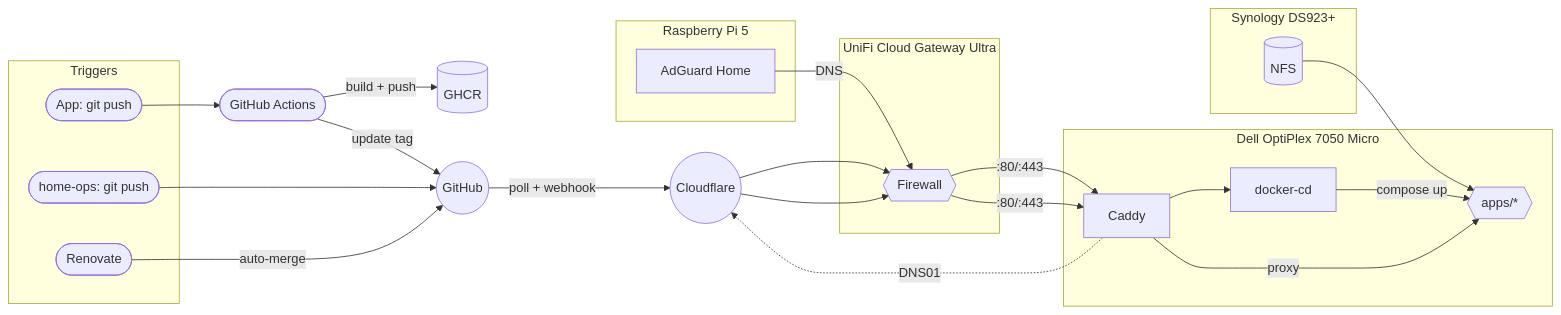
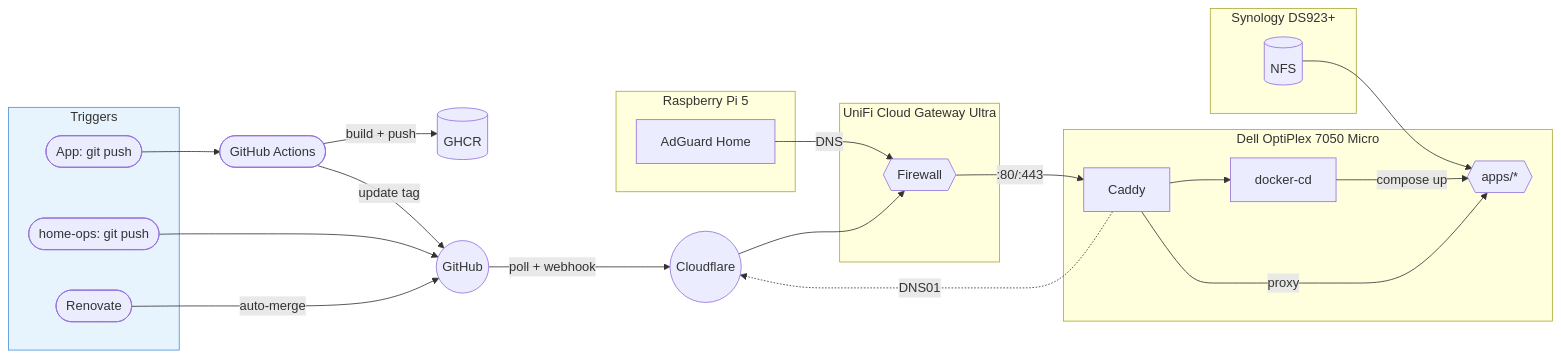
The diagram in README.md (wajeht/home-ops), drawn with Mermaid before and after one commit.

Commit message:
docs: update architecture diagram and descriptions

````diff
--- a/README.md
+++ b/README.md
@@ -16,37 +16,37 @@
 ```mermaid
 flowchart LR
     subgraph triggers[Triggers]
         app_push([App: git push])
         ops_push([home-ops: git push])
         renovate([Renovate])
     end
 
     app_push --> ci([GitHub Actions]) -->|build + push| ghcr[(GHCR)]
     ci -->|update tag| github((GitHub))
     ops_push --> github
     renovate -->|auto-merge| github
     github -->|poll + webhook| cf((Cloudflare)) --> unifi -->|:80/:443| caddy --> docker_cd
 
     subgraph dell[Dell OptiPlex 7050 Micro]
         docker_cd[docker-cd] -->|compose up| apps{{apps/*}}
         caddy[Caddy] -->|proxy| apps
     end
 
     subgraph nas[Synology DS923+]
         nfs[(NFS)]
     end
 
     subgraph ucg[UniFi Cloud Gateway Ultra]
         unifi{{Firewall}}
     end
 
     subgraph pi[Raspberry Pi 5]
         adguard[AdGuard Home]
     end
 
     nfs --> apps
-    cf((Cloudflare)) --> unifi
     adguard -->|DNS| unifi
-    unifi -->|:80/:443| caddy
     caddy -.->|DNS01| cf
+
+    style triggers fill:#e8f4fd,stroke:#4a90d9
 ```
````
